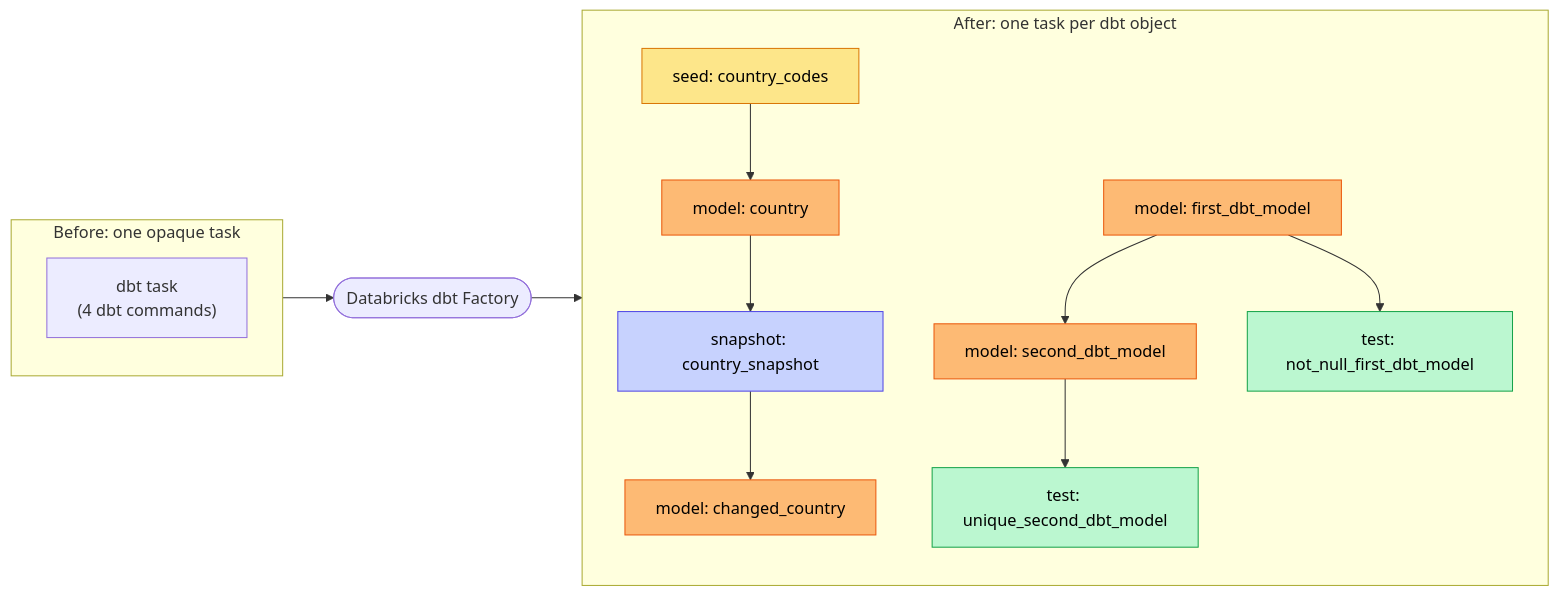
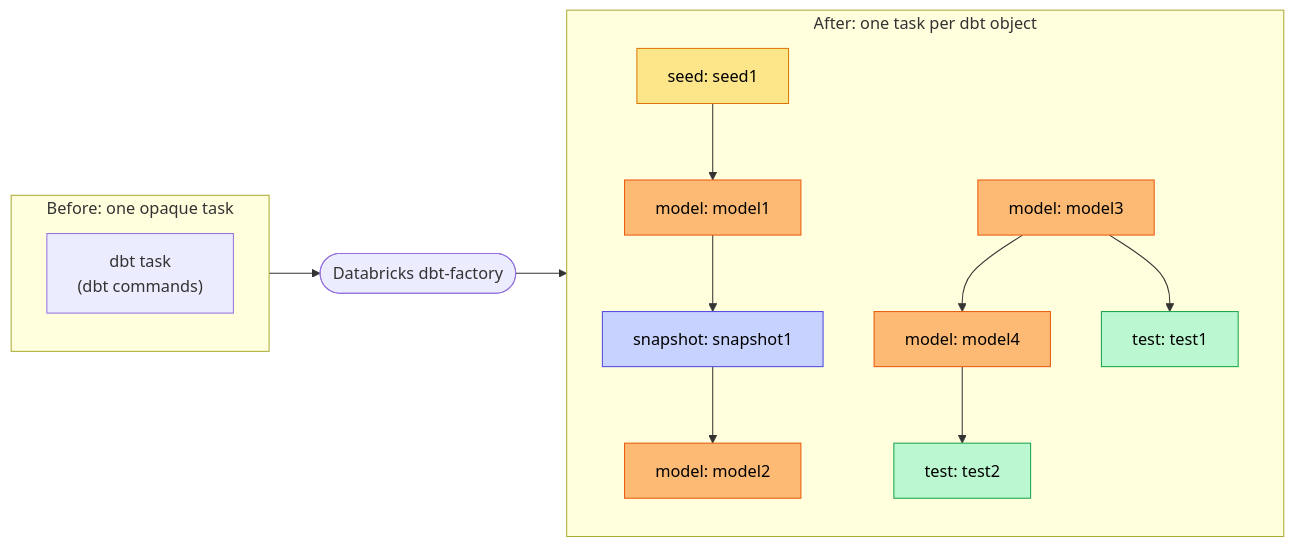
Before and after one commit to mwojtyczka/databricks-dbt-factory: the first of 2 diagrams in README.md, drawn with Mermaid. The commit also changed other lines of this file, not shown here.

Commit message:
Use generic node names in the Motivation diagram
Rename the models/tests/seeds/snapshots in the Motivation "before/after"
diagram to generic, consistent names (model1, test1, seed1, snapshot1)
matching the "How it works" diagram, instead of demo-specific names.

````diff
--- a/README.md
+++ b/README.md
@@ -33,30 +33,30 @@
 ```mermaid
 flowchart LR
     subgraph before["Before: one opaque task"]
-        dbt["dbt task<br/>(4 dbt commands)"]
+        dbt["dbt task<br/>(dbt commands)"]
     end
 
-    factory(["Databricks dbt Factory"])
+    factory(["Databricks dbt-factory"])
 
     subgraph after["After: one task per dbt object"]
         direction TB
-        seed["seed: country_codes"] --> m1["model: country"]
-        m1 --> snap["snapshot: country_snapshot"]
-        snap --> m2["model: changed_country"]
-        m3["model: first_dbt_model"] --> m4["model: second_dbt_model"]
-        m3 --> t1["test: not_null_first_dbt_model"]
-        m4 --> t2["test: unique_second_dbt_model"]
+        seed1["seed: seed1"] --> model1["model: model1"]
+        model1 --> snap1["snapshot: snapshot1"]
+        snap1 --> model2["model: model2"]
+        model3["model: model3"] --> model4["model: model4"]
+        model3 --> test1["test: test1"]
+        model4 --> test2["test: test2"]
     end
 
     before --> factory --> after
 
     classDef seed fill:#fde68a,stroke:#d97706,color:#000
     classDef model fill:#fdba74,stroke:#ea580c,color:#000
     classDef test fill:#bbf7d0,stroke:#16a34a,color:#000
     classDef snapshot fill:#c7d2fe,stroke:#4f46e5,color:#000
 
-    class seed seed
-    class m1,m2,m3,m4 model
-    class t1,t2 test
-    class snap snapshot
+    class seed1 seed
+    class model1,model2,model3,model4 model
+    class test1,test2 test
+    class snap1 snapshot
 ```
````
